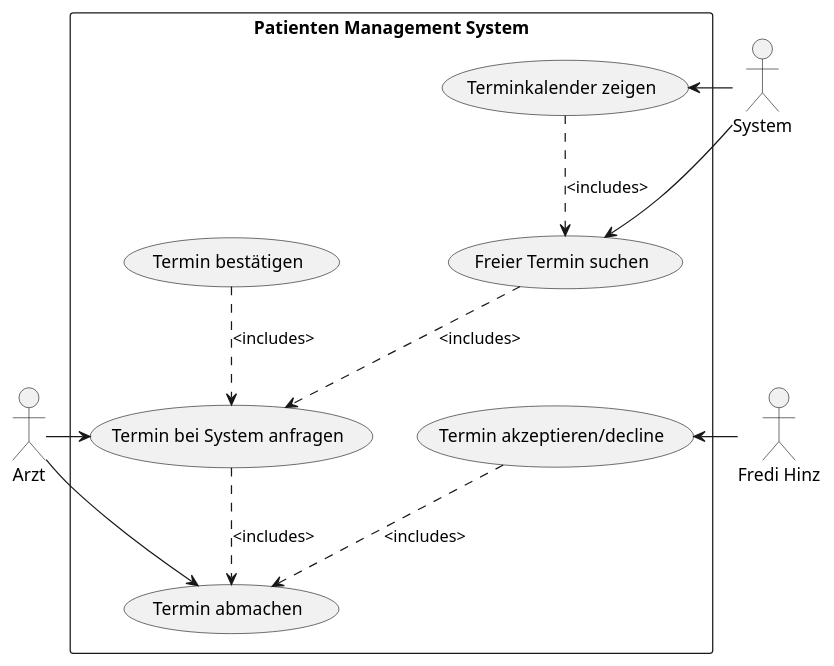
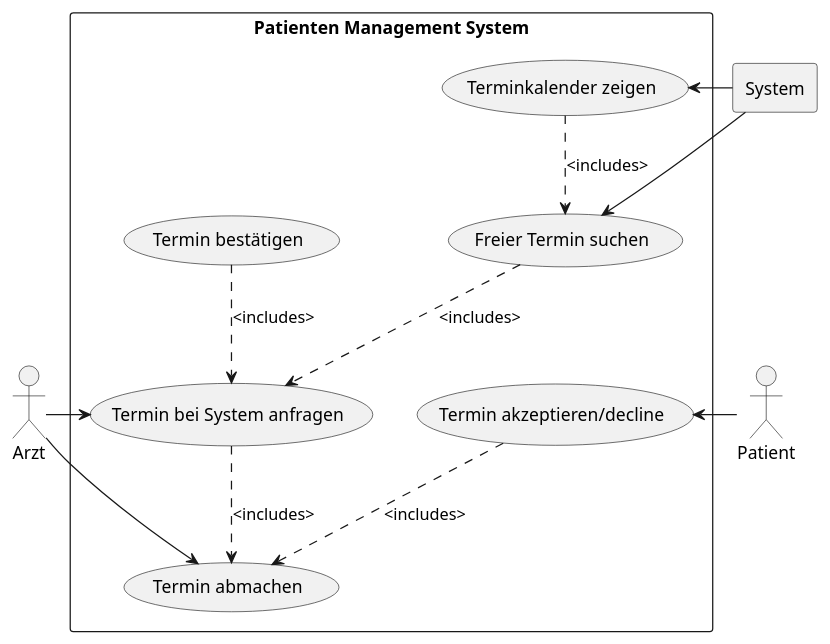
The diagram in doc/task2/usecases/Termin erfassung.puml (thetractor/ch.bfh.bti7081.s2019.orange), drawn with PlantUML before and after one commit. The commit also changed 4 other files, not shown here.

Commit message:
Review usecase diagrams

```diff
--- a/doc/task2/usecases/Termin erfassung.puml
+++ b/doc/task2/usecases/Termin erfassung.puml
@@ -1,31 +1,31 @@
 @startuml
 actor Arzt
-actor "Fredi Hinz" as Patient
-actor System
+actor "Patient" as Patient
+rectangle System
 
 rectangle "Patienten Management System" as pms{
     (Termin abmachen) as appointment
     (Termin akzeptieren/decline) as accept
     (Termin bei System anfragen) as sysCall
     (Termin bestätigen) as bestätigung
     (Freier Termin suchen) as freeDate
     (Terminkalender zeigen) as showCal
 
     appointment <.up. accept: <includes>
     appointment <.up. sysCall: <includes>
     sysCall <.up. freeDate: <includes>
     sysCall <.up. bestätigung: <includes>
     freeDate <.up. showCal: <includes>
 
 }
 
 Arzt -right-> appointment
 Arzt -right-> sysCall
 
 System -right-> freeDate
 System -right-> showCal
 
 Patient -right-> accept
 
 
 @enduml
```
